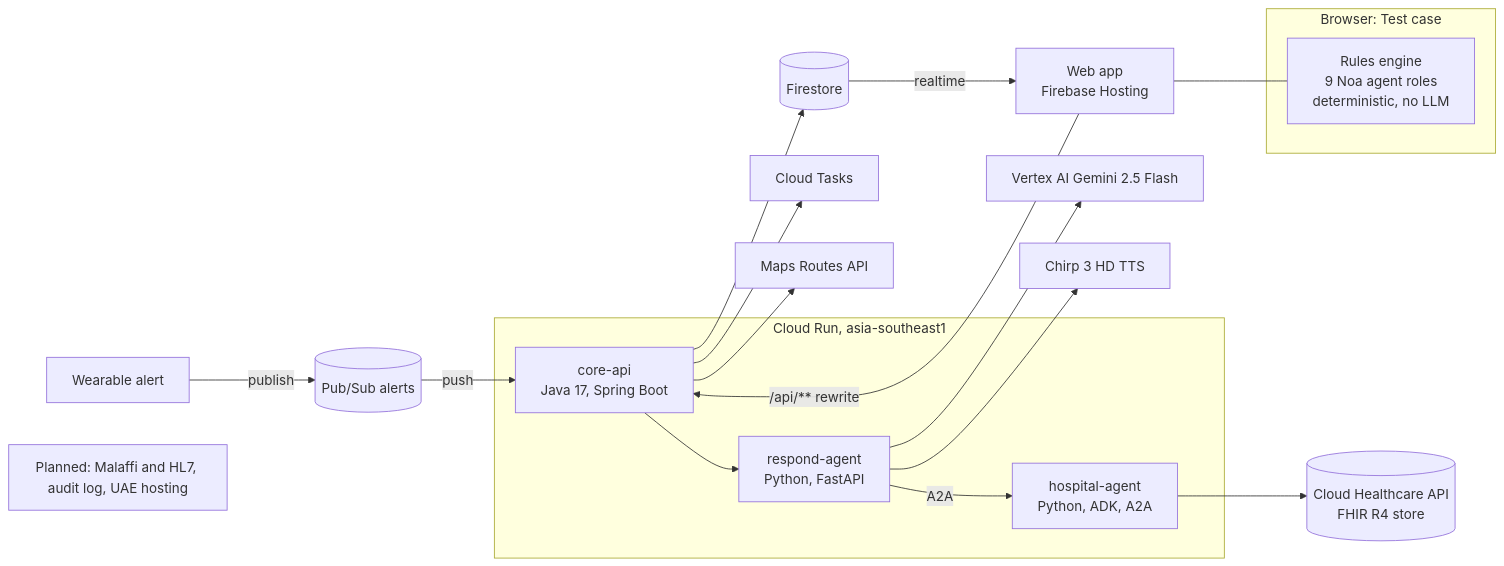
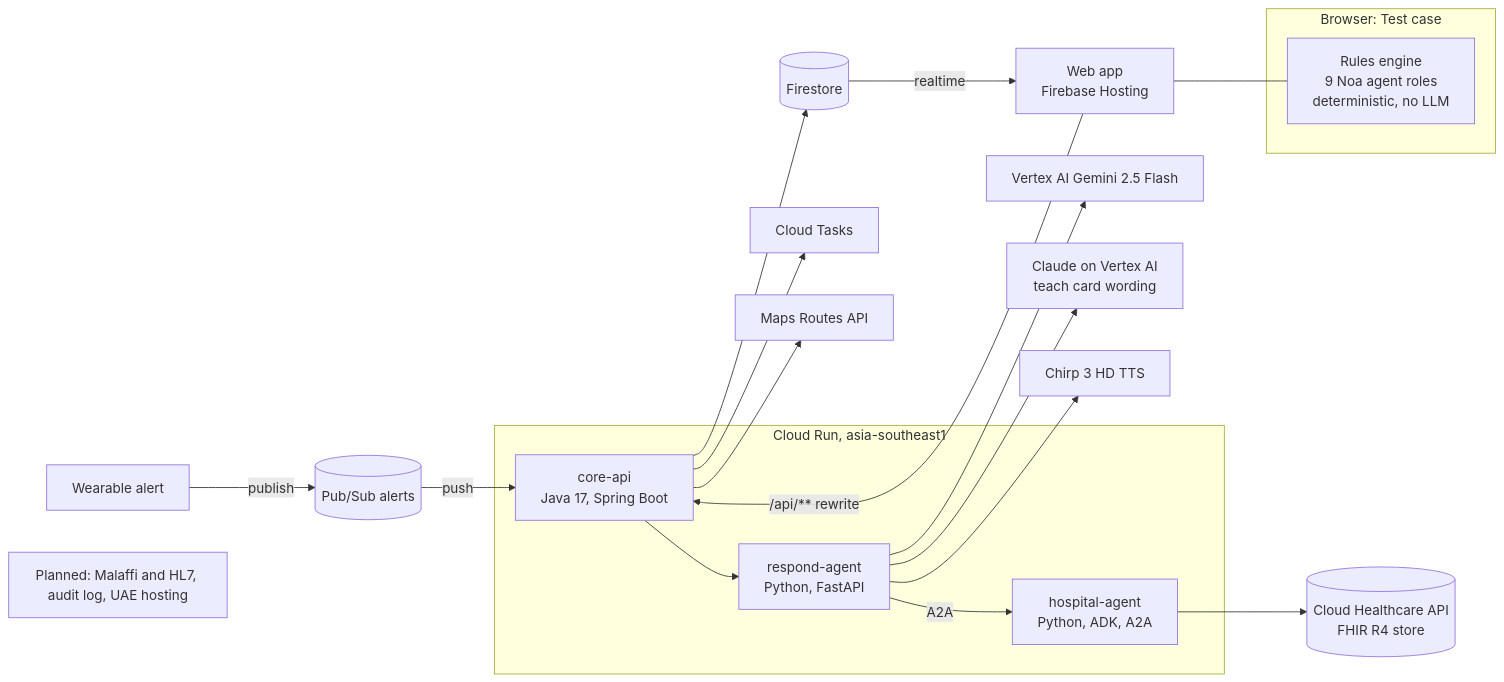
Before and after one commit to Inside-Sync/no-one-alone: the diagram in docs/submission/architecture.md, drawn with Mermaid. The commit also changed other lines of this file and 3 other files, not shown here.

Commit message:
Docs and deploy env for the live teach-card explanation

````diff
--- a/docs/submission/architecture.md
+++ b/docs/submission/architecture.md
@@ -5,25 +5,26 @@
 ```mermaid
 flowchart LR
     subgraph Browser[Browser: Test case]
         TC[Rules engine<br/>9 Noa agent roles<br/>deterministic, no LLM]
     end
     W[Wearable alert] -->|publish| PS[(Pub/Sub alerts)]
     PS -->|push| CA
     subgraph Run[Cloud Run, asia-southeast1]
         CA[core-api<br/>Java 17, Spring Boot]
         RA[respond-agent<br/>Python, FastAPI]
         HA[hospital-agent<br/>Python, ADK, A2A]
     end
     CA --> RA
     RA -->|A2A| HA
     RA --> VX[Vertex AI Gemini 2.5 Flash]
+    RA --> CL[Claude on Vertex AI<br/>teach card wording]
     RA --> TTS[Chirp 3 HD TTS]
     HA --> FHIR[(Cloud Healthcare API<br/>FHIR R4 store)]
     CA --> CT[Cloud Tasks]
     CA --> RT[Maps Routes API]
     CA --> FS[(Firestore)]
     FS -->|realtime| WEB[Web app<br/>Firebase Hosting]
     WEB -->|/api/** rewrite| CA
     WEB --- TC
     PLAN[Planned: Malaffi and HL7, audit log, UAE hosting]
 ```
````
